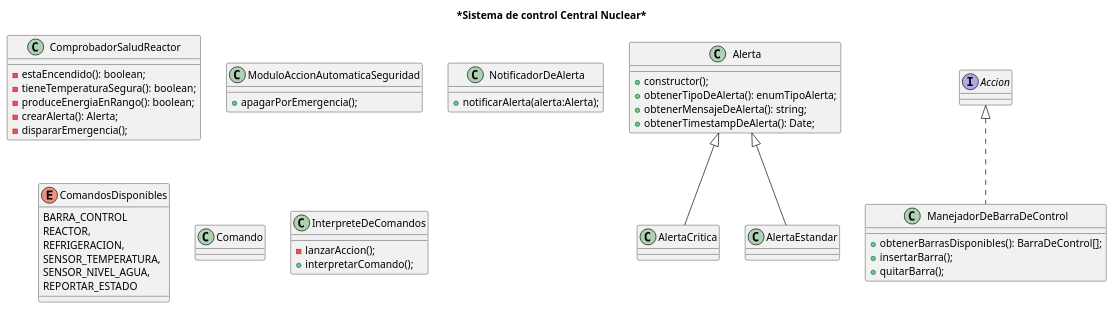
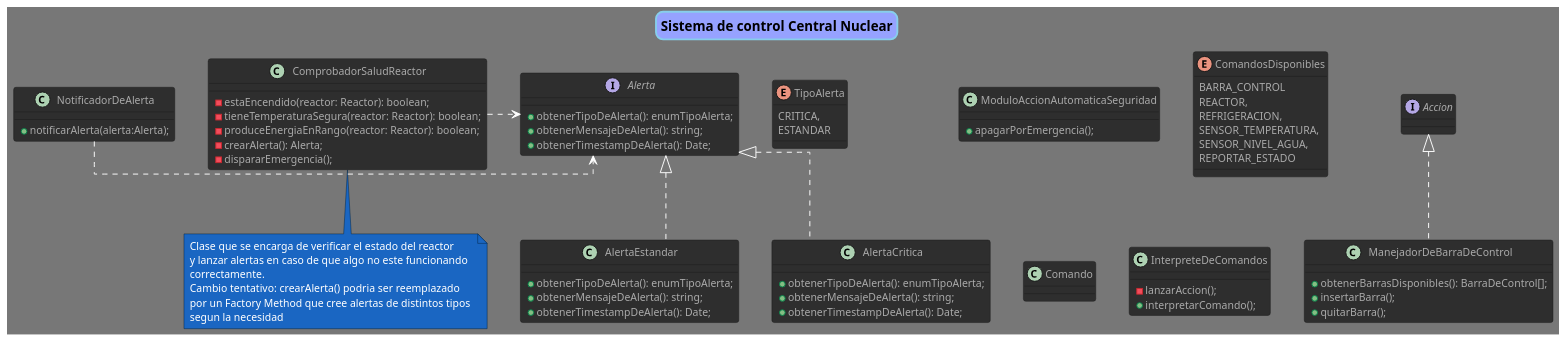
One commit to fmiguezo/reactor_nuclear changed the diagram in Diagrams/controlSystemDiagram.puml. Above: the diagram before and after it, drawn with PlantUML. The commit also changed 1 other file, not shown here.

Commit message:
Updating notes and adding changes to "Sistema de Control" diagram. Pending relationships between classes (Comando and related)

```diff
--- a/Diagrams/controlSystemDiagram.puml
+++ b/Diagrams/controlSystemDiagram.puml
@@ -1,74 +1,103 @@
 @startuml 
 
-title ***Sistema de control Central Nuclear***
+title "Sistema de control Central Nuclear"
+!theme reddress-darkblue
+scale 1.3
+skinparam Linetype ortho
 
+skinparam titleBorderRoundCorner 15
+skinparam titleBorderThickness 2
+skinparam titleBorderColor skyBlue
+skinparam titleBackgroundColor #96a2ff
 
 ' Procesamiento de Datos
 class ComprobadorSaludReactor {
-    - estaEncendido(): boolean;
-    - tieneTemperaturaSegura(): boolean;
-    - produceEnergiaEnRango(): boolean;
+    - estaEncendido(reactor: Reactor): boolean;
+    - tieneTemperaturaSegura(reactor: Reactor): boolean;
+    - produceEnergiaEnRango(reactor: Reactor): boolean;
     - crearAlerta(): Alerta;
     - dispararEmergencia();
 }
+
+note bottom of ComprobadorSaludReactor
+    Clase que se encarga de verificar el estado del reactor
+    y lanzar alertas en caso de que algo no este funcionando
+    correctamente.
+    Cambio tentativo: crearAlerta() podria ser reemplazado 
+    por un Factory Method que cree alertas de distintos tipos 
+    segun la necesidad
+end note
 
 ' Acciones automáticas de seguridad
 class ModuloAccionAutomaticaSeguridad {
     + apagarPorEmergencia();
 }
 
 ' Interfaz humana
 
 '' Manejo de alertas
+enum TipoAlerta {
+    CRITICA,
+    ESTANDAR
+}
 
-class Alerta {
-    + constructor();
+interface Alerta {
     + obtenerTipoDeAlerta(): enumTipoAlerta;
     + obtenerMensajeDeAlerta(): string;
     + obtenerTimestampDeAlerta(): Date;
 }
 
-class AlertaCritica extends Alerta {
+class AlertaCritica implements Alerta {
+    + obtenerTipoDeAlerta(): enumTipoAlerta;
+    + obtenerMensajeDeAlerta(): string;
+    + obtenerTimestampDeAlerta(): Date;
 
 }
 
-class AlertaEstandar extends Alerta {
-
+class AlertaEstandar implements Alerta {
+    + obtenerTipoDeAlerta(): enumTipoAlerta;
+    + obtenerMensajeDeAlerta(): string;
+    + obtenerTimestampDeAlerta(): Date;
 }
 
 class NotificadorDeAlerta {
     + notificarAlerta(alerta:Alerta);
 }
 
 '' Manejo de comandos
 enum ComandosDisponibles {
     BARRA_CONTROL
     REACTOR,
     REFRIGERACION,
     SENSOR_TEMPERATURA,
     SENSOR_NIVEL_AGUA,
     REPORTAR_ESTADO
 }
 
 class Comando {
 
 }
 
 class InterpreteDeComandos {
     - lanzarAccion();
     + interpretarComando();
 }
 
 ' Acciones
 interface Accion {
 
 }
 
 '' Barras de control
 class ManejadorDeBarraDeControl implements Accion {
     + obtenerBarrasDisponibles(): BarraDeControl[];
     + insertarBarra();
     + quitarBarra();
 }
 
+' Relaciones
+NotificadorDeAlerta .r.> Alerta
+TipoAlerta -[hidden]l- Alerta
+ComprobadorSaludReactor .r.> Alerta
+
 @enduml
```
